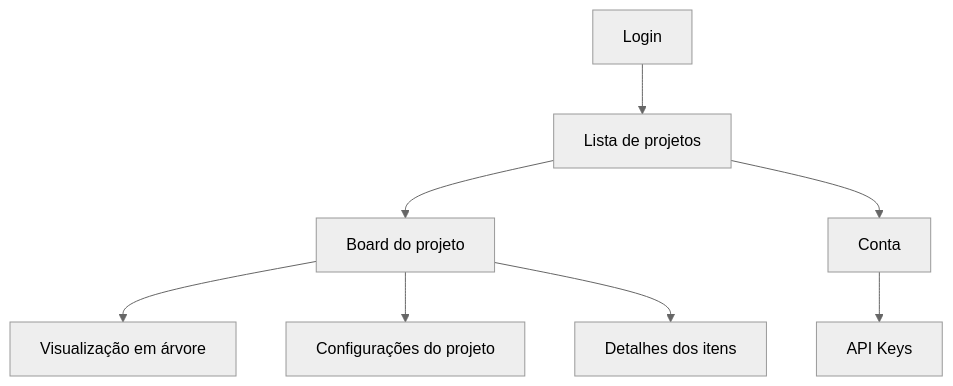
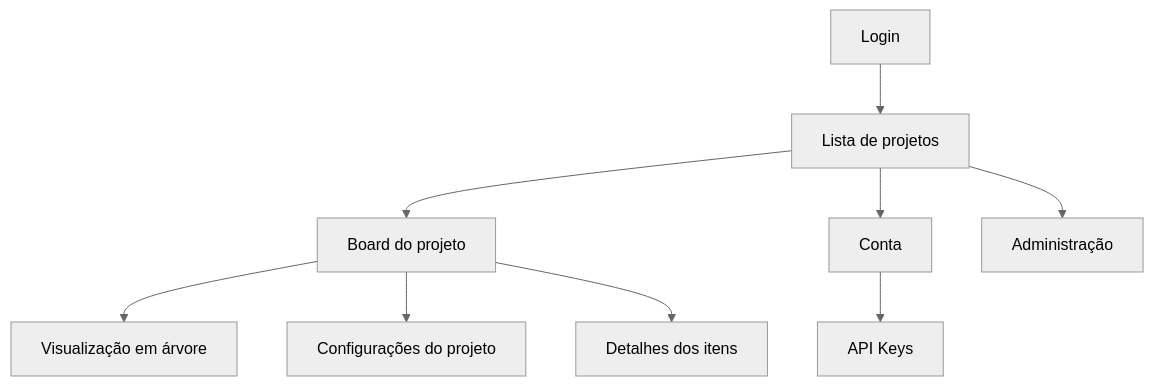
The diagram in docs/azyboard-wiki/01 - Acesso e Navegacao/Navegacao Global.md (jairomello/azy-board), drawn with Mermaid (neutral theme) before and after one commit. The commit also changed other lines of this file and 36 other files, not shown here.

````diff
--- a/docs/azyboard-wiki/01 - Acesso e Navegacao/Navegacao Global.md
+++ b/docs/azyboard-wiki/01 - Acesso e Navegacao/Navegacao Global.md
@@ -13,10 +13,11 @@
 ```mermaid
 flowchart TD
     Login[Login] --> Projetos[Lista de projetos]
     Projetos --> Board[Board do projeto]
     Board --> Arvore[Visualização em árvore]
     Board --> Config[Configurações do projeto]
     Board --> Item[Detalhes dos itens]
     Projetos --> Conta[Conta]
     Conta --> Keys[API Keys]
+    Projetos --> Admin[Administração]
 ```
````
